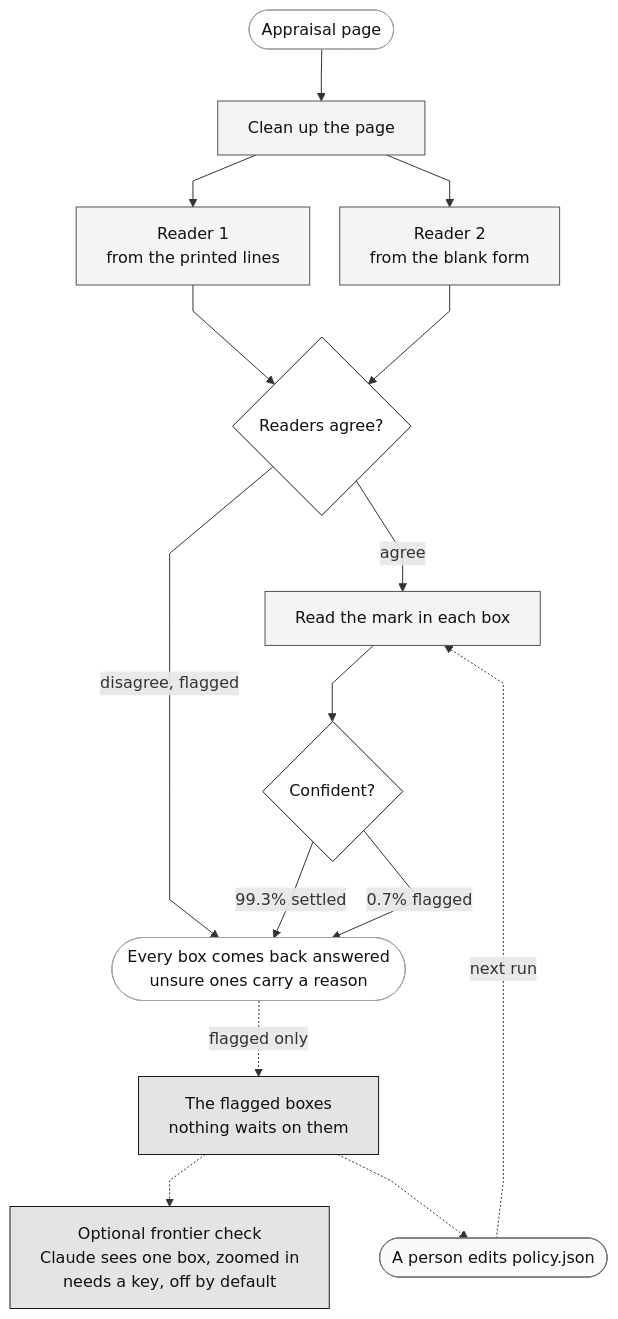
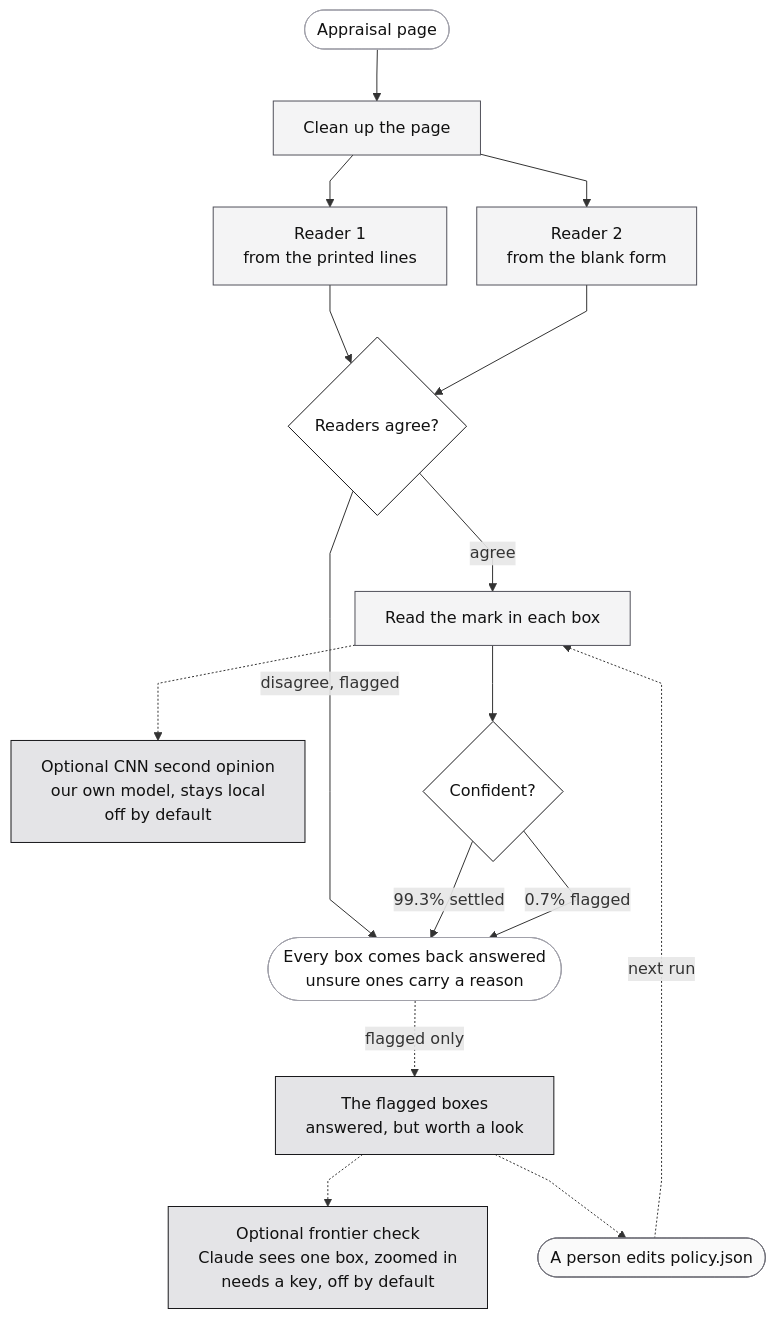
The diagram in README.md (jameswniu/synthetic-image-recognition-cnn-harness), drawn with Mermaid before and after one commit. The commit also changed 1 other file, not shown here.

Commit message:
Stop calling the CNN a reader: it votes on the mark, and now it shows where it attaches

````diff
--- a/README.md
+++ b/README.md
@@ -74,36 +74,38 @@
 ```mermaid
 %%{init: {"flowchart": {"curve": "linear", "nodeSpacing": 30, "rankSpacing": 52, "useMaxWidth": true, "wrappingWidth": 420}}}%%
 flowchart TB
     IN([Appraisal page]):::io
     N["Clean up the page"]:::det
     W1["Reader 1<br/>from the printed lines"]:::det
     W2["Reader 2<br/>from the blank form"]:::det
     G{"Readers agree?"}:::gate
     S["Read the mark in each box"]:::det
+    K["Optional CNN second opinion<br/>our own model, stays local<br/>off by default"]:::exc
     C{"Confident?"}:::gate
     OUT([Every box comes back answered<br/>unsure ones carry a reason]):::io
-    Q["The flagged boxes<br/>nothing waits on them"]:::exc
+    Q["The flagged boxes<br/>answered, but worth a look"]:::exc
     L["Optional frontier check<br/>Claude sees one box, zoomed in<br/>needs a key, off by default"]:::exc
     H([A person edits policy.json]):::hum
 
     IN --> N
     N --> W1
     N --> W2
     W1 --> G
     W2 --> G
     G -->|agree| S
     G -->|"disagree, flagged"| OUT
     S --> C
+    S -.-> K
     C -->|"99.3% settled"| OUT
     C -->|"0.7% flagged"| OUT
     OUT -.->|flagged only| Q
     Q -.-> L
     Q -.-> H
     H -.->|"next run"| S
 
     classDef io fill:#ffffff,stroke:#a1a1aa,stroke-width:1px,color:#111111
     classDef det fill:#f4f4f5,stroke:#52525b,stroke-width:1px,color:#111111
     classDef gate fill:#ffffff,stroke:#18181b,stroke-width:1px,color:#111111
     classDef exc fill:#e4e4e7,stroke:#18181b,stroke-width:1px,color:#111111
     classDef hum fill:#fafafa,stroke:#71717a,stroke-width:1px,color:#111111
 ```
````
